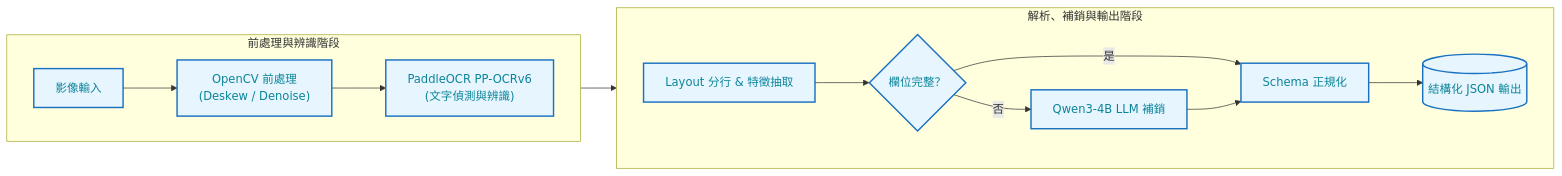
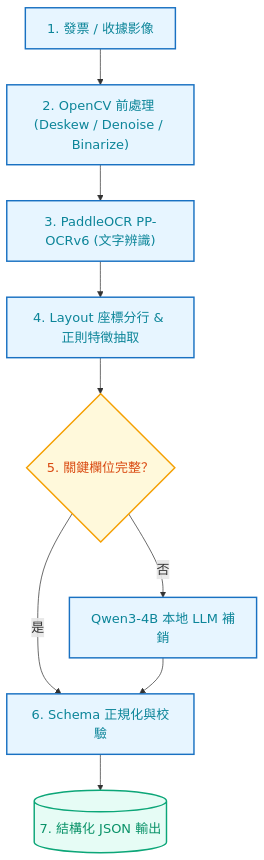
One commit to kuotunyu/receipt-ocr-vlm-benchmark changed the first of 3 diagrams in README.md. Above: the diagram before and after it, drawn with Mermaid. The commit also changed other lines of this file, not shown here.

Commit message:
docs: apply soft modern color palette and comfortable 18px font size to all flowcharts

````diff
--- a/README.md
+++ b/README.md
@@ -33,21 +33,20 @@
 ```mermaid
-%%{init: {'themeVariables': {'fontSize': '16px'}}}%%
-flowchart LR
-    subgraph Row1 ["前處理與辨識階段"]
-        direction LR
-        A1["影像輸入"] --> A2["OpenCV 前處理<br/>(Deskew / Denoise)"] --> A3["PaddleOCR PP-OCRv6<br/>(文字偵測與辨識)"]
-    end
+%%{init: {'themeVariables': {'fontSize': '18px'}}}%%
+flowchart TD
+    A1["1. 發票 / 收據影像"] --> A2["2. OpenCV 前處理 (Deskew / Denoise / Binarize)"]
+    A2 --> A3["3. PaddleOCR PP-OCRv6 (文字辨識)"]
+    A3 --> A4["4. Layout 座標分行 & 正則特徵抽取"]
+    A4 --> A5{"5. 關鍵欄位完整？"}
+    A5 -->|否| A6["Qwen3-4B 本地 LLM 補銷"]
+    A5 -->|是| A7["6. Schema 正規化與校驗"]
+    A6 --> A7
+    A7 --> A8[("7. 結構化 JSON 輸出")]
 
-    subgraph Row2 ["解析、補銷與輸出階段"]
-        direction LR
-        A4["Layout 分行 & 特徵抽取"] --> A5{"欄位完整？"}
-        A5 -->|否| A6["Qwen3-4B LLM 補銷"]
-        A5 -->|是| A7["Schema 正規化"]
-        A6 --> A7 --> A8[("結構化 JSON 輸出")]
-    end
+    classDef normStyle fill:#e7f5ff,stroke:#1971c2,stroke-width:2px,color:#0c8599
+    classDef condStyle fill:#fff9db,stroke:#f59f00,stroke-width:2px,color:#d9480f
+    classDef outStyle fill:#e6fcf5,stroke:#0ca678,stroke-width:2px,color:#099268
 
-    Row1 --> Row2
-
-    classDef pipeA fill:#e7f5ff,stroke:#1971c2,stroke-width:2px,color:#0c8599
-    class A1,A2,A3,A4,A5,A6,A7,A8 pipeA
+    class A1,A2,A3,A4,A6,A7 normStyle
+    class A5 condStyle
+    class A8 outStyle
 ```
````
